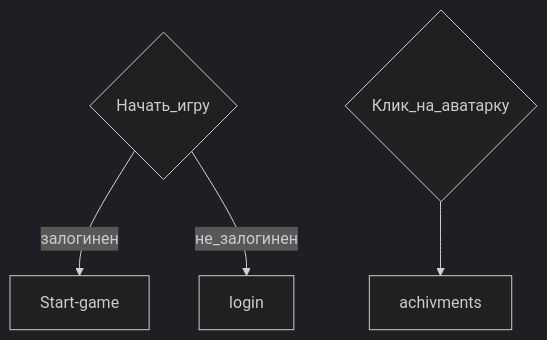
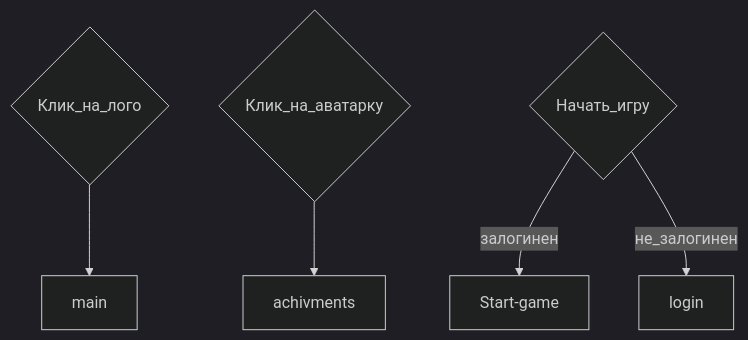
Before and after one commit to KirGenHeart/documentation: the diagram in front-end/pages-main-login-register/2.main.md, drawn with Mermaid (dark theme). The commit also changed 1 other file, not shown here.

Commit message:
FRONT. login

````diff
--- a/front-end/pages-main-login-register/2.main.md
+++ b/front-end/pages-main-login-register/2.main.md
@@ -14,6 +14,7 @@
 ```mermaid
 graph TD;
+	Клик_на_лого{Клик_на_лого}--> main
+	Клик_на_аватарку{Клик_на_аватарку}--> achivments
 	Начать_игру{Начать_игру} -- залогинен --> Start-game
 	Начать_игру{Начать_игру} -- не_залогинен --> login
-	Клик_на_аватарку{Клик_на_аватарку}--> achivments
 ```
````
